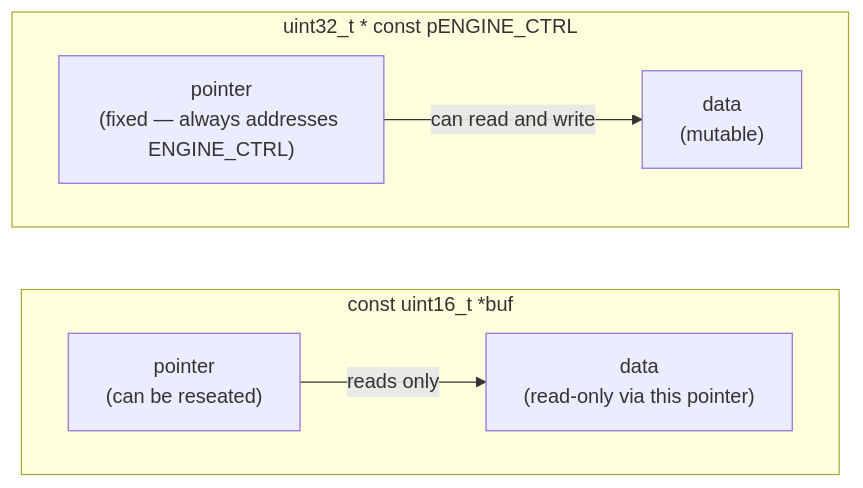
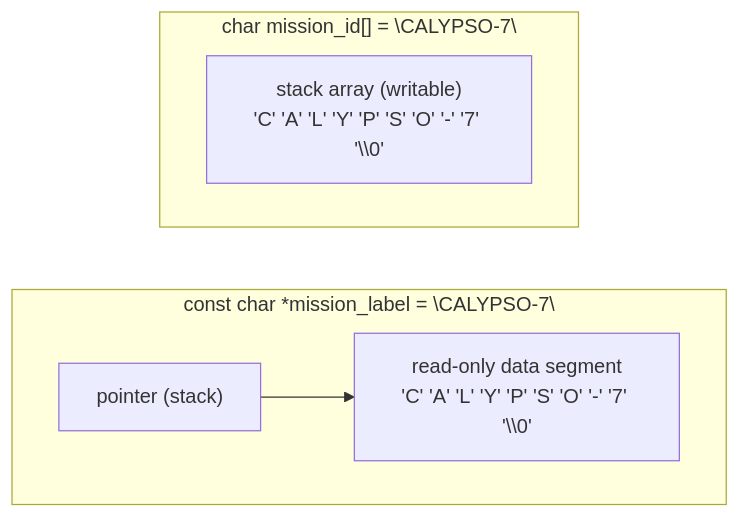
The diagram in README.md (deanvons/Calypso), drawn with Mermaid before and after one commit. The commit also changed other lines of this file, not shown here.

````diff
--- a/README.md
+++ b/README.md
@@ -118,11 +113,11 @@
 ```mermaid
 flowchart LR
-    subgraph read_only["const uint16_t *buf"]
+    subgraph literal["const char *mission_label = \"CALYPSO-7\""]
         direction LR
-        A["pointer\n(can be reseated)"] -->|reads only| B["data\n(read-only via this pointer)"]
+        P["pointer (stack)"] --> RO["read-only data segment\n'C' 'A' 'L' 'Y' 'P' 'S' 'O' '-' '7' '\\0'"]
     end
-    subgraph fixed_ptr["uint32_t * const pENGINE_CTRL"]
+    subgraph array["char mission_id[] = \"CALYPSO-7\""]
         direction LR
-        C["pointer\n(fixed — always addresses ENGINE_CTRL)"] -->|can read and write| D["data\n(mutable)"]
+        Q["stack array (writable)\n'C' 'A' 'L' 'Y' 'P' 'S' 'O' '-' '7' '\\0'"]
     end
 ```
````
